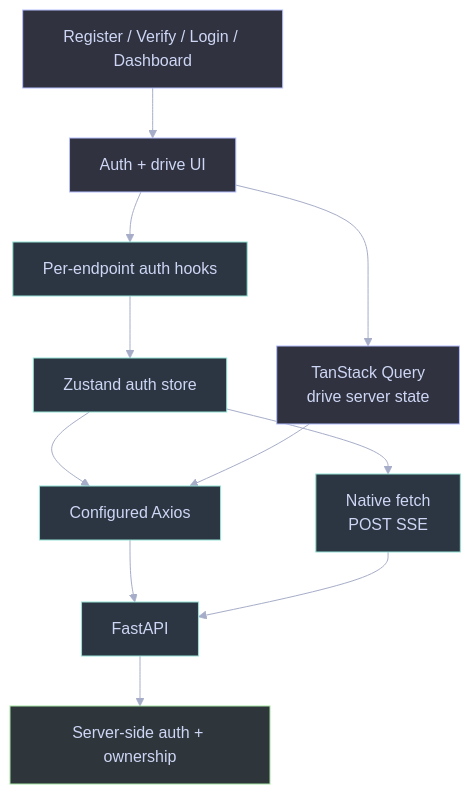
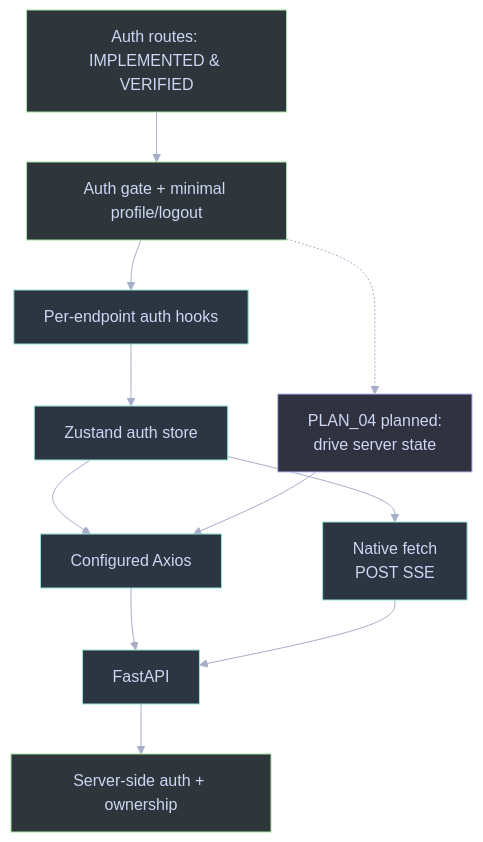
Before and after one commit to RyxnDmello/atlas: the fourth of 5 diagrams in client/AGENTS.md, drawn with Mermaid. The commit also changed other lines of this file and 26 other files, not shown here.

First line of the commit message:
feat(client, auth): complete protected navigation and Plan 03 acceptance

````diff
--- a/client/AGENTS.md
+++ b/client/AGENTS.md
@@ -315,25 +319,26 @@
 ```mermaid
 %%{init: {'theme': 'base', 'themeVariables': {'background': '#1e1e2e', 'primaryColor': '#45475a', 'primaryTextColor': '#cdd6f4', 'primaryBorderColor': '#89b4fa', 'lineColor': '#a6adc8', 'secondaryColor': '#313244', 'tertiaryColor': '#181825', 'fontFamily': 'Inter, sans-serif'}}}%%
 flowchart TD
-    Routes["Register / Verify / Login / Dashboard"] --> AuthUI["Auth + drive UI"]
+    Routes["Auth routes: IMPLEMENTED & VERIFIED"] --> AuthUI["Auth gate + minimal profile/logout"]
     AuthUI --> Hooks["Per-endpoint auth hooks"]
     Hooks --> Session["Zustand auth store"]
-    AuthUI --> Query["TanStack Query<br/>drive server state"]
+    AuthUI -.-> Query["PLAN_04 planned:<br/>drive server state"]
     Session --> Axios["Configured Axios"]
     Session --> Fetch["Native fetch<br/>POST SSE"]
     Query --> Axios
     Axios --> API["FastAPI"]
     Fetch --> API
     API --> Guard["Server-side auth + ownership"]
-    class Routes,AuthUI,Query planned;
+    class Routes,AuthUI verified;
+    class Query planned;
     class Hooks,Session,Axios,Fetch service;
     class API service;
     class Guard verified;
     classDef client fill:#2b3046,stroke:#89b4fa,stroke-width:1px,color:#cdd6f4;
     classDef service fill:#2c3642,stroke:#94e2d5,stroke-width:1px,color:#cdd6f4;
     classDef storage fill:#332e46,stroke:#cba6f7,stroke-width:1px,color:#cdd6f4;
     classDef verified fill:#2e363c,stroke:#a6e3a1,stroke-width:1px,color:#cdd6f4;
     classDef planned fill:#30323f,stroke:#b4befe,stroke-width:1px,color:#cdd6f4;
     classDef caution fill:#38362e,stroke:#f9e2af,stroke-width:1px,color:#cdd6f4;
     classDef denied fill:#39303d,stroke:#f38ba8,stroke-width:1px,color:#cdd6f4;
 ```
````
